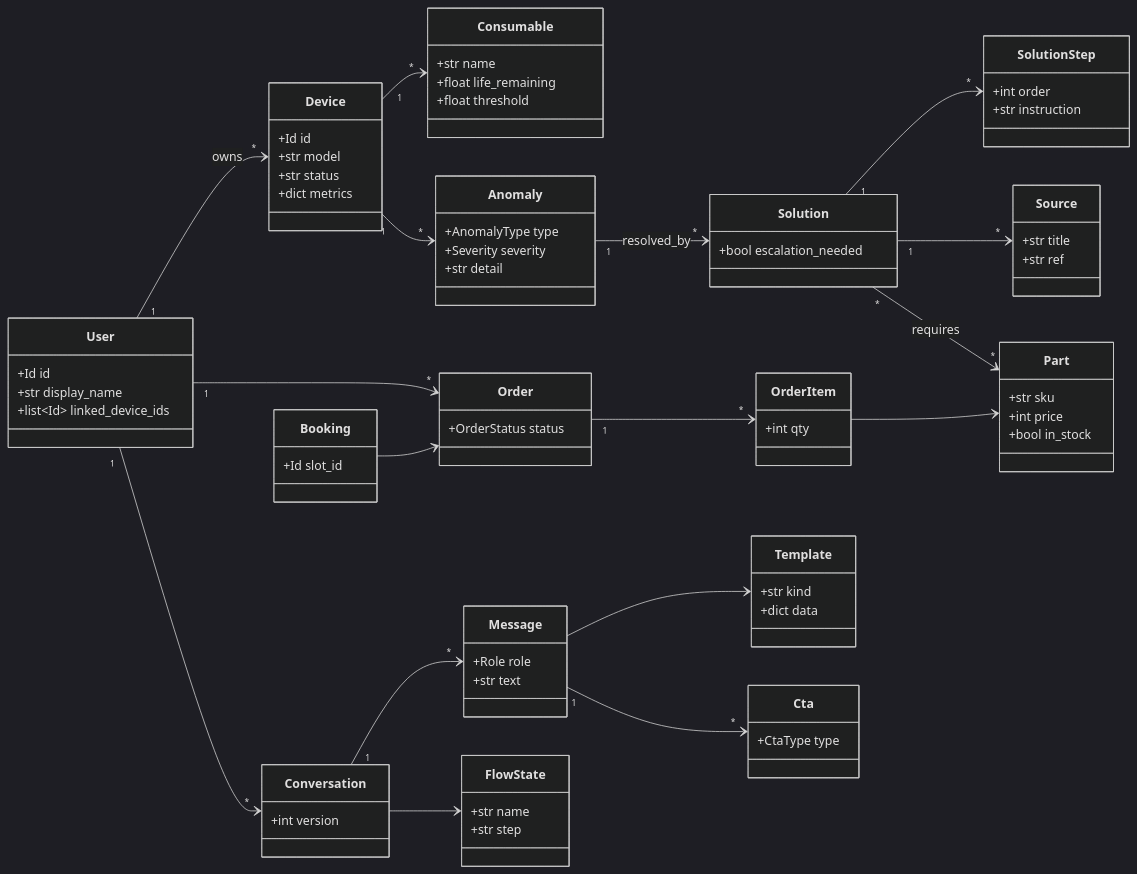
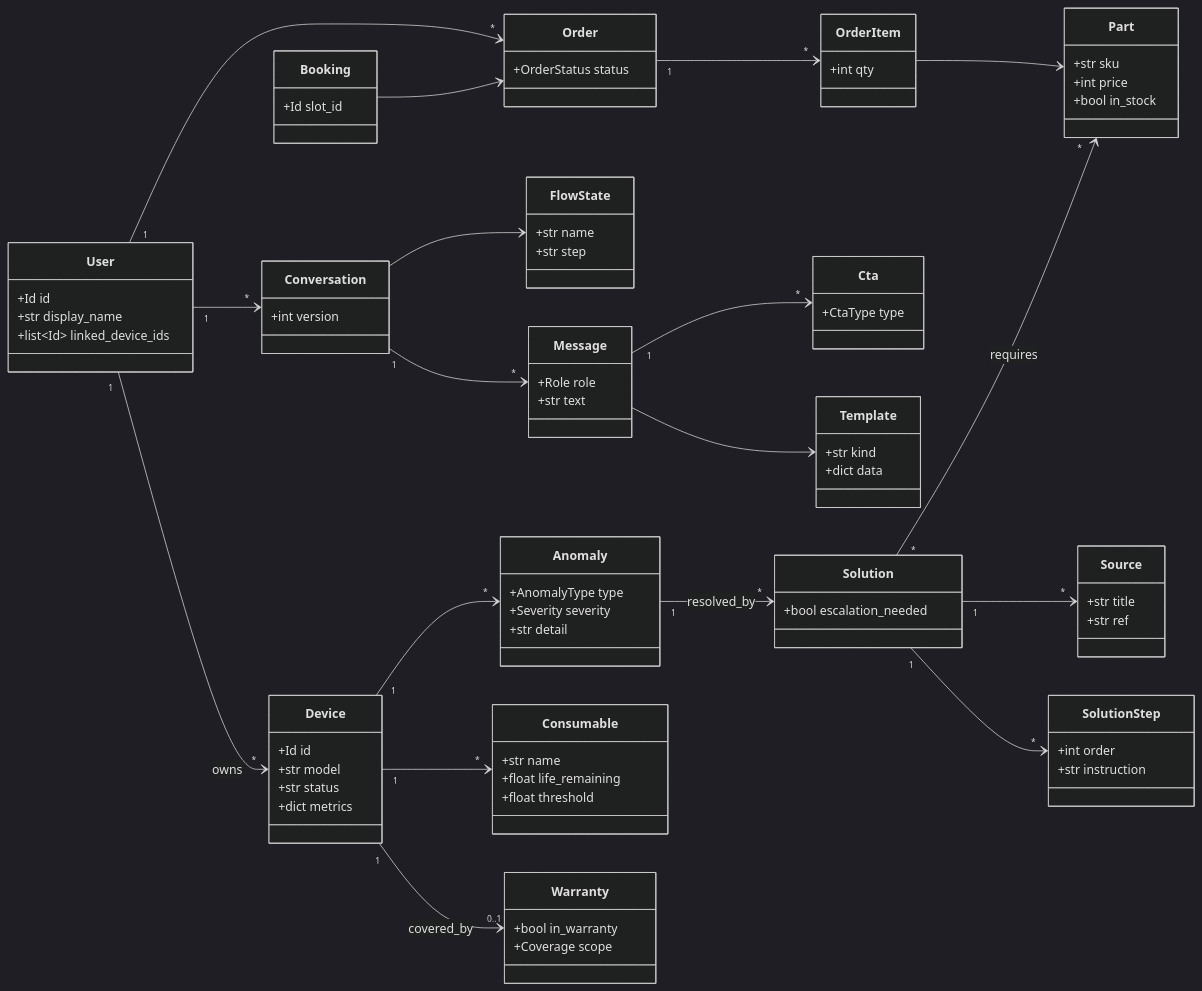
The first of 22 diagrams in docs/diagrams.md (92LEEJUN/rubicon-3), drawn with Mermaid (dark theme) before and after one commit. The commit also changed other lines of this file and 5 other files, not shown here.

```diff
--- a/docs/diagrams.md
+++ b/docs/diagrams.md
@@ -79,7 +79,12 @@
     +str name
     +str step
   }
+  class Warranty {
+    +bool in_warranty
+    +Coverage scope
+  }
   User "1" --> "*" Device : owns
+  Device "1" --> "0..1" Warranty : covered_by
   User "1" --> "*" Conversation
   User "1" --> "*" Order
   Device "1" --> "*" Consumable
```
